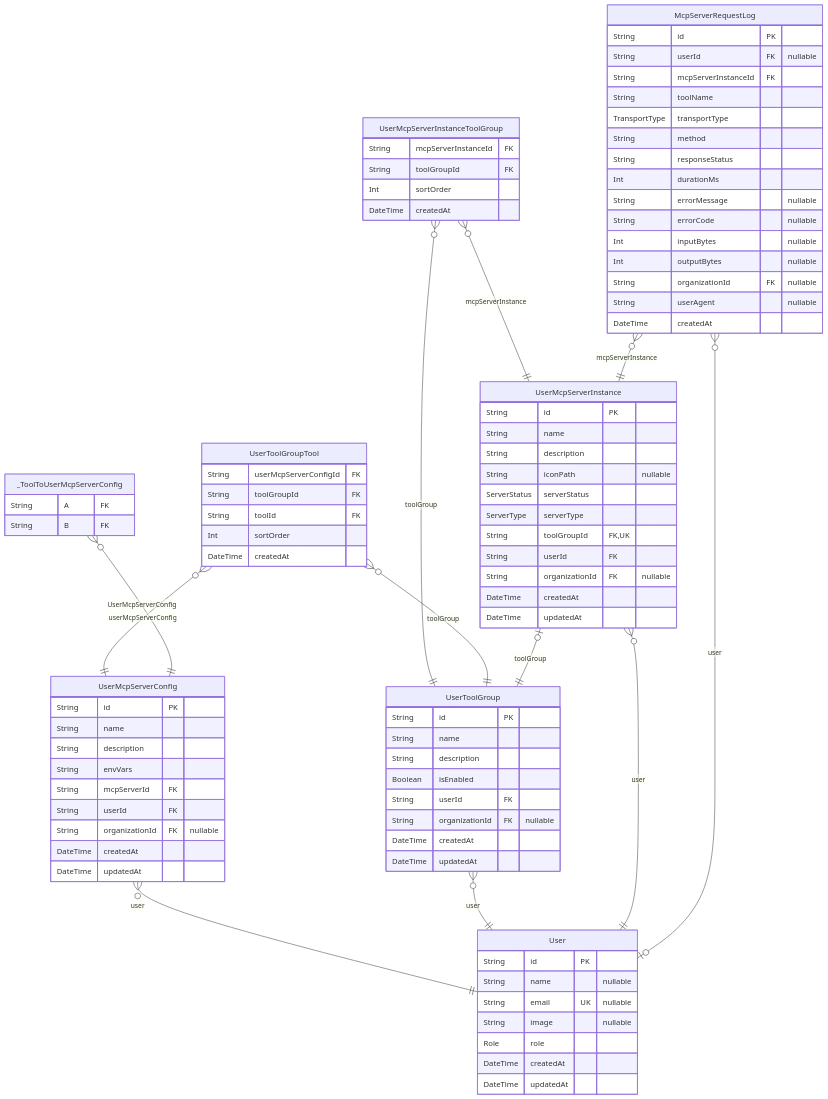
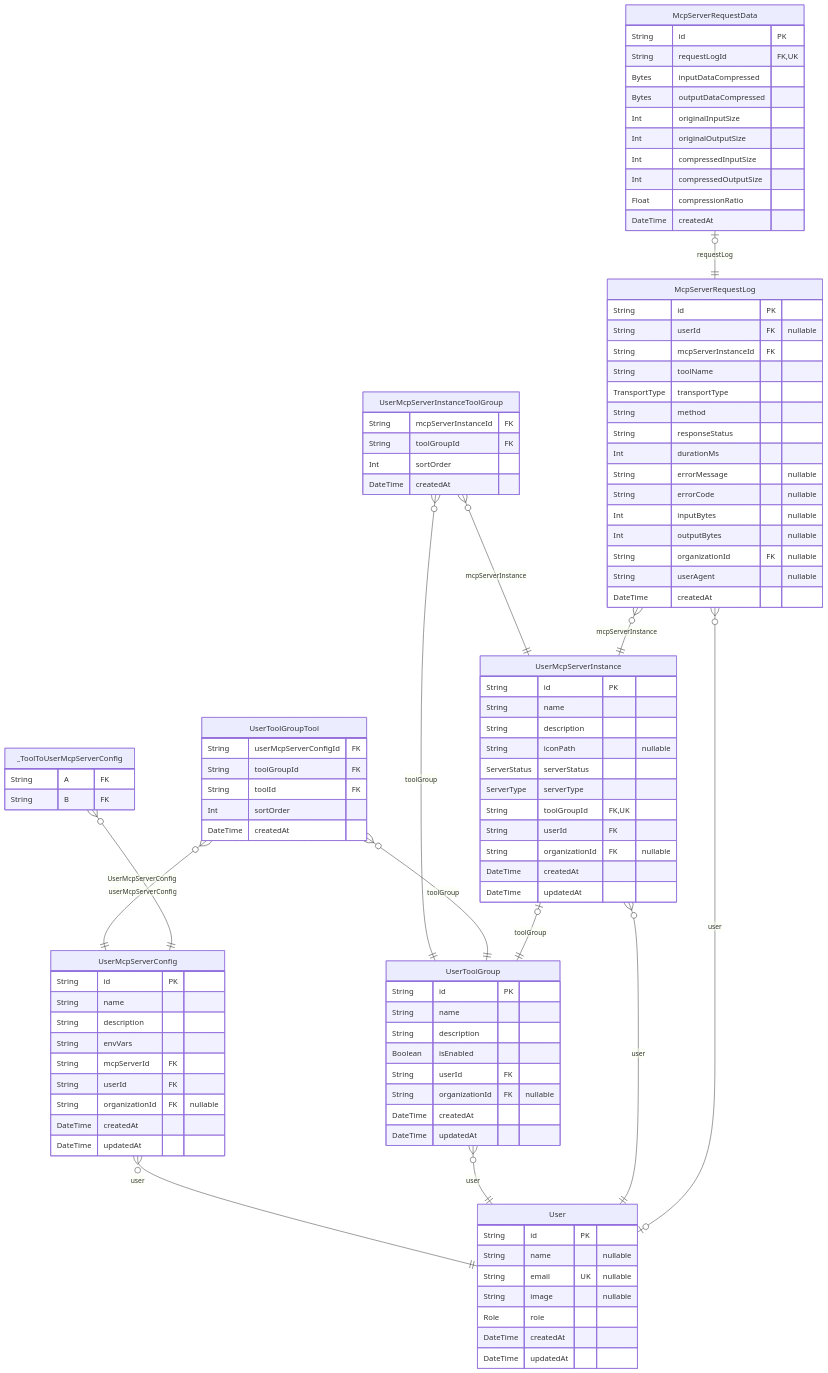
One commit to rayven122/tumiki changed the fifth of 7 diagrams in packages/db/prisma/README.md. Above: the diagram before and after it, drawn with Mermaid. The commit also changed other lines of this file and 5 other files, not shown here.

````diff
--- a/packages/db/prisma/README.md
+++ b/packages/db/prisma/README.md
@@ -633,6 +664,18 @@
   String userAgent "nullable"
   DateTime createdAt
 }
+"McpServerRequestData" {
+  String id PK
+  String requestLogId FK,UK
+  Bytes inputDataCompressed
+  Bytes outputDataCompressed
+  Int originalInputSize
+  Int originalOutputSize
+  Int compressedInputSize
+  Int compressedOutputSize
+  Float compressionRatio
+  DateTime createdAt
+}
 "_ToolToUserMcpServerConfig" {
   String A FK
   String B FK
@@ -647,5 +690,6 @@
 "UserMcpServerInstance" }o--|| "User" : user
 "McpServerRequestLog" }o--o| "User" : user
 "McpServerRequestLog" }o--|| "UserMcpServerInstance" : mcpServerInstance
+"McpServerRequestData" |o--|| "McpServerRequestLog" : requestLog
 "_ToolToUserMcpServerConfig" }o--|| "UserMcpServerConfig" : UserMcpServerConfig
 ```
````
